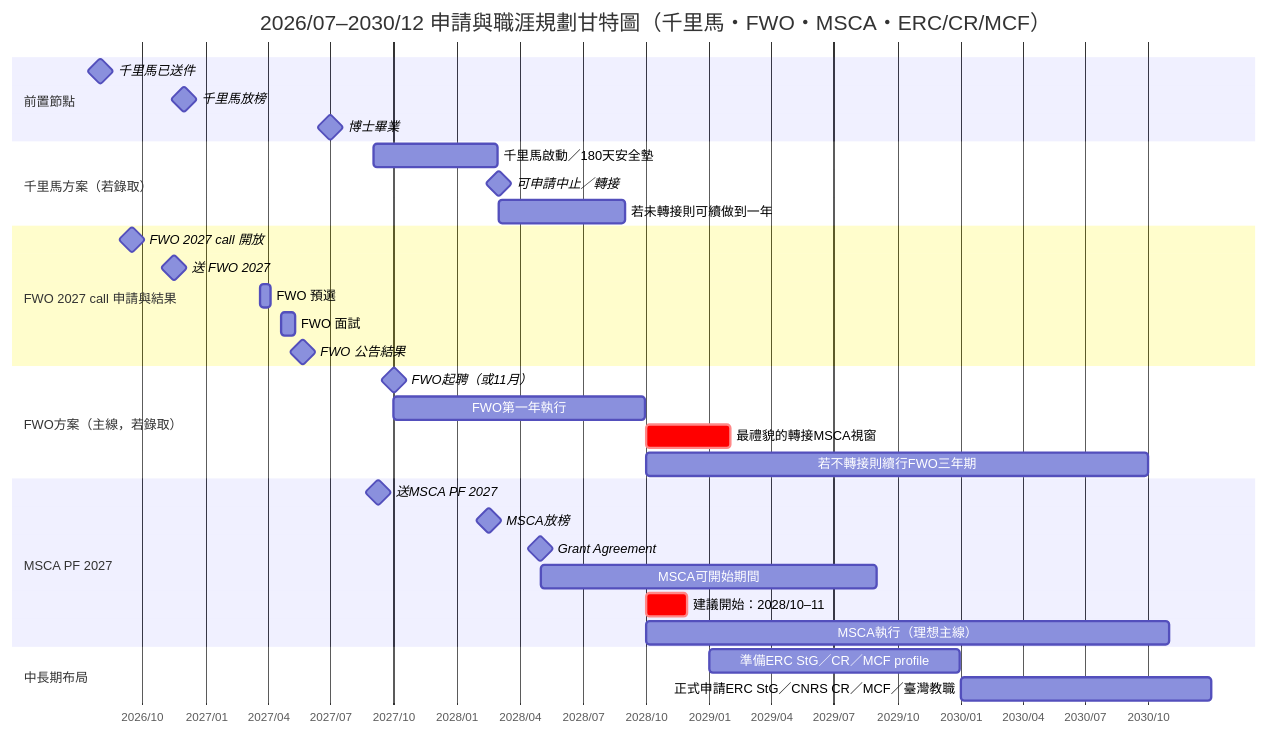
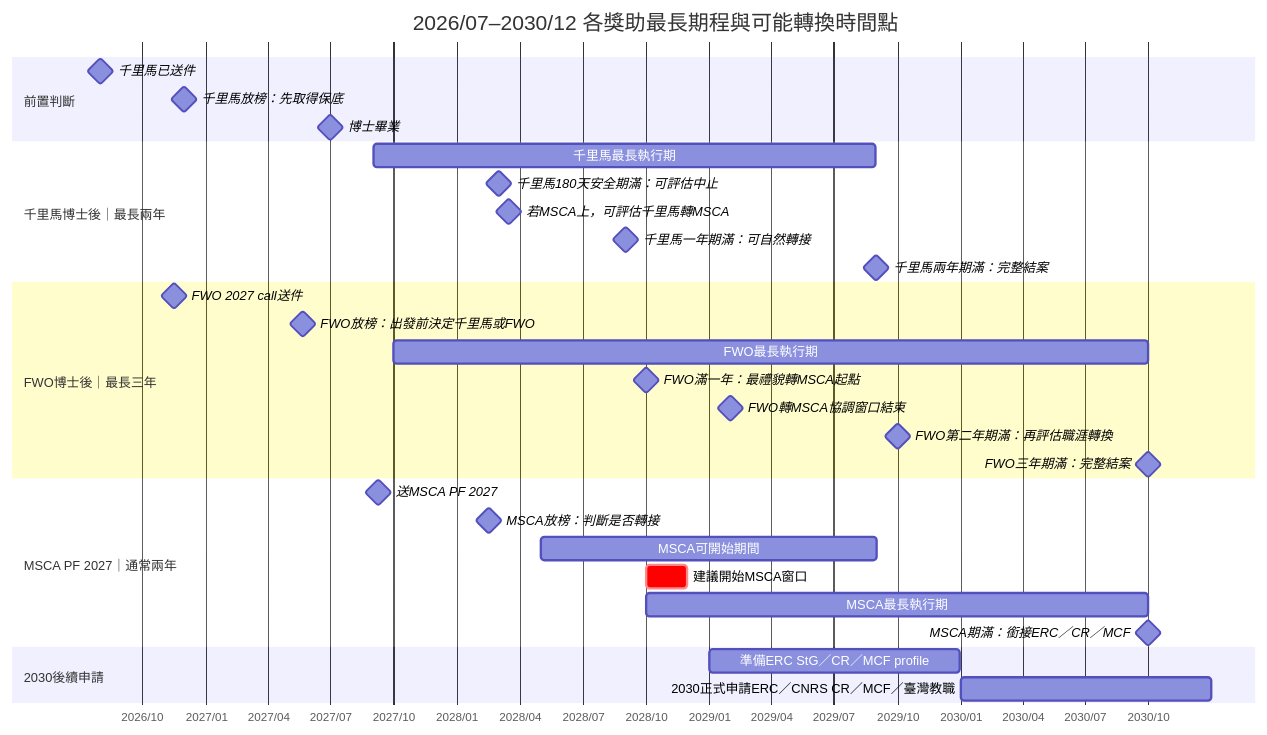
The diagram in README.md (Taoyi-Chiang/postdoc), drawn with Mermaid before and after one commit.

````diff
--- a/README.md
+++ b/README.md
@@ -1,41 +1,39 @@
 ```mermaid
 gantt
-    title 2026/07–2030/12 申請與職涯規劃甘特圖（千里馬・FWO・MSCA・ERC/CR/MCF）
+    title 2026/07–2030/12 各獎助最長期程與可能轉換時間點
     dateFormat  YYYY-MM-DD
     axisFormat  %Y/%m
 
-    section 前置節點
+    section 前置判斷
     千里馬已送件                    :milestone, ksp_submit, 2026-07-31, 1d
-    千里馬放榜                      :milestone, ksp_result, 2026-11-30, 1d
+    千里馬放榜：先取得保底           :milestone, ksp_result, 2026-11-30, 1d
     博士畢業                        :milestone, phd, 2027-06-30, 1d
 
-    section 千里馬方案（若錄取）
-    千里馬啟動／180天安全墊          :ksp_180, 2027-09-01, 2028-02-28
-    可申請中止／轉接                :milestone, ksp_stop, 2028-03-01, 1d
-    若未轉接則可續做到一年           :ksp_1y, 2028-03-01, 2028-08-31
+    section 千里馬博士後｜最長兩年
+    千里馬最長執行期                :ksp_full, 2027-09-01, 2029-08-31
+    千里馬180天安全期滿：可評估中止   :milestone, ksp_180, 2028-03-01, 1d
+    若MSCA上，可評估千里馬轉MSCA     :milestone, ksp_to_msca, 2028-03-15, 1d
+    千里馬一年期滿：可自然轉接        :milestone, ksp_1y, 2028-09-01, 1d
+    千里馬兩年期滿：完整結案          :milestone, ksp_2y_end, 2029-08-31, 1d
 
-    section FWO 2027 call 申請與結果
-    FWO 2027 call 開放              :milestone, fwo_call_open, 2026-09-15, 1d
-    送 FWO 2027                     :milestone, fwo_submit, 2026-11-15, 1d
-    FWO 預選                        :fwo_preselect, 2027-03-20, 2027-04-05
-    FWO 面試                        :fwo_interview, 2027-04-20, 2027-05-10
-    FWO 公告結果                    :milestone, fwo_result, 2027-05-21, 1d
+    section FWO博士後｜最長三年
+    FWO 2027 call送件               :milestone, fwo_submit, 2026-11-15, 1d
+    FWO放榜：出發前決定千里馬或FWO    :milestone, fwo_result, 2027-05-21, 1d
+    FWO最長執行期                   :fwo_full, 2027-10-01, 2030-09-30
+    FWO滿一年：最禮貌轉MSCA起點       :milestone, fwo_1y, 2028-10-01, 1d
+    FWO轉MSCA協調窗口結束            :milestone, fwo_transition_end, 2029-01-31, 1d
+    FWO第二年期滿：再評估職涯轉換      :milestone, fwo_2y, 2029-10-01, 1d
+    FWO三年期滿：完整結案             :milestone, fwo_3y_end, 2030-09-30, 1d
 
-    section FWO方案（主線，若錄取）
-    FWO起聘（或11月）                :milestone, fwo_start, 2027-10-01, 1d
-    FWO第一年執行                   :fwo_y1, 2027-10-01, 2028-09-30
-    最禮貌的轉接MSCA視窗             :crit, fwo_transition, 2028-10-01, 2029-01-31
-    若不轉接則續行FWO三年期          :fwo_full, 2028-10-01, 2030-09-30
+    section MSCA PF 2027｜通常兩年
+    送MSCA PF 2027                 :milestone, msca_submit, 2027-09-08, 1d
+    MSCA放榜：判斷是否轉接            :milestone, msca_result, 2028-02-15, 1d
+    MSCA可開始期間                  :msca_start_window, 2028-05-01, 2029-09-01
+    建議開始MSCA窗口                :crit, msca_best_start, 2028-10-01, 2028-11-30
+    MSCA最長執行期                  :msca_full, 2028-10-01, 2030-09-30
+    MSCA期滿：銜接ERC／CR／MCF        :milestone, msca_end, 2030-09-30, 1d
 
-    section MSCA PF 2027
-    送MSCA PF 2027                  :milestone, msca_submit, 2027-09-08, 1d
-    MSCA放榜                        :milestone, msca_result, 2028-02-15, 1d
-    Grant Agreement                 :milestone, msca_ga, 2028-04-30, 1d
-    MSCA可開始期間                  :msca_start_window, 2028-05-01, 2029-09-01
-    建議開始：2028/10–11            :crit, msca_best_start, 2028-10-01, 2028-11-30
-    MSCA執行（理想主線）             :msca_run, 2028-10-01, 2030-10-31
-
-    section 中長期布局
+    section 2030後續申請
     準備ERC StG／CR／MCF profile     :profile, 2029-01-01, 2029-12-31
-    正式申請ERC StG／CNRS CR／MCF／臺灣教職 :applications, 2030-01-01, 2030-12-31
+    2030正式申請ERC／CNRS CR／MCF／臺灣教職 :career_apps, 2030-01-01, 2030-12-31
 ```
````
